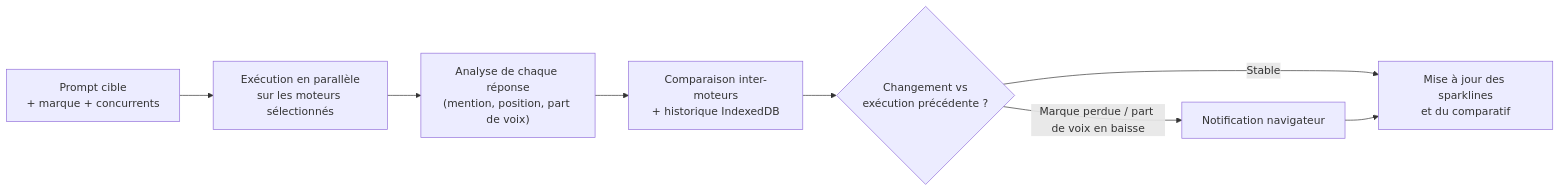
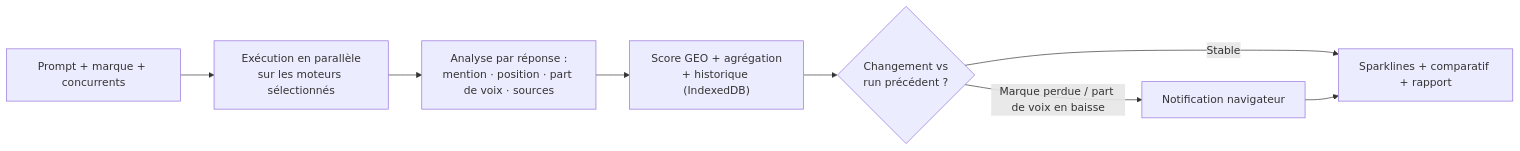
Diagram 11 of 13 in README.md (venantvr-web/vuejs.lighthouse.llm), drawn with Mermaid before and after one commit. The commit also changed other lines of this file, not shown here.

First line of the commit message:
docs: réécrire le README en déroulant tous les scénarios (vérifiés)

````diff
--- a/README.md
+++ b/README.md
@@ -112,10 +307,10 @@
 ```mermaid
 flowchart LR
-    A["Prompt cible<br/>+ marque + concurrents"] --> B["Exécution en parallèle<br/>sur les moteurs sélectionnés"]
-    B --> C["Analyse de chaque réponse<br/>(mention, position, part de voix)"]
-    C --> D["Comparaison inter-moteurs<br/>+ historique IndexedDB"]
-    D --> E{"Changement vs<br/>exécution précédente ?"}
+    A["Prompt + marque + concurrents"] --> B["Exécution en parallèle<br/>sur les moteurs sélectionnés"]
+    B --> C["Analyse par réponse :<br/>mention · position · part de voix · sources"]
+    C --> D["Score GEO + agrégation<br/>+ historique (IndexedDB)"]
+    D --> E{"Changement vs<br/>run précédent ?"}
     E -->|"Marque perdue / part de voix en baisse"| F["Notification navigateur"]
-    E -->|"Stable"| G["Mise à jour des sparklines<br/>et du comparatif"]
+    E -->|"Stable"| G["Sparklines + comparatif + rapport"]
     F --> G
 ```
````
